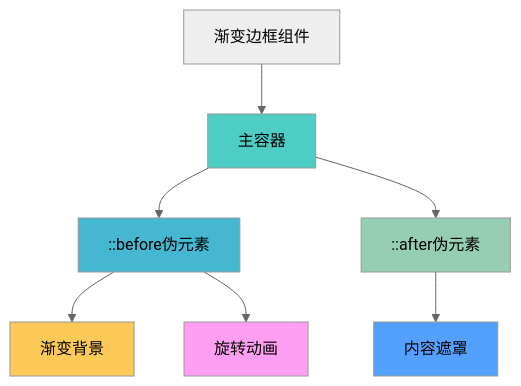
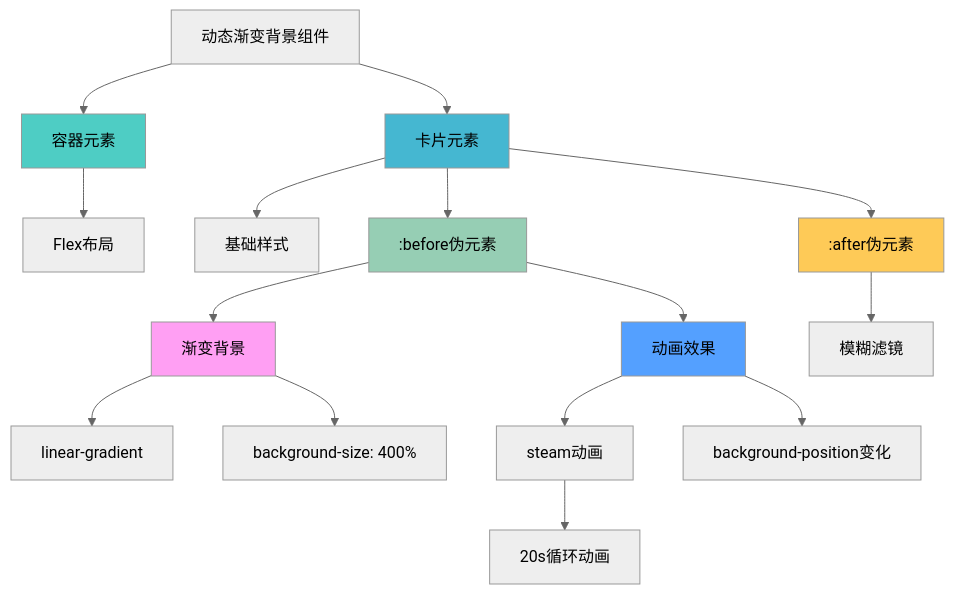
One commit to he5050/book changed the first of 2 diagrams in 02.特效/02.CSS-渐变边框.md. Above: the diagram before and after it, drawn with Mermaid (neutral theme). The commit also changed other lines of this file and 2 other files, not shown here.

````diff
--- a/02.特效/02.CSS-渐变边框.md
+++ b/02.特效/02.CSS-渐变边框.md
@@ -122,16 +349,24 @@
 ```mermaid
 graph TB
-    A[渐变边框组件] --> B[主容器]
-    B --> C[::before伪元素]
-    B --> D[::after伪元素]
-    C --> E[渐变背景]
-    C --> F[旋转动画]
-    D --> G[内容遮罩]
+    A[动态渐变背景组件] --> B[容器元素]
+    A --> C[卡片元素]
+    B --> D[Flex布局]
+    C --> E[基础样式]
+    C --> F[:before伪元素]
+    C --> G[:after伪元素]
+    F --> H[渐变背景]
+    F --> I[动画效果]
+    G --> J[模糊滤镜]
+    H --> K[linear-gradient]
+    H --> L[background-size: 400%]
+    I --> M[steam动画]
+    I --> N[background-position变化]
+    M --> O[20s循环动画]
 
     style B fill:#4ecdc4
     style C fill:#45b7d1
-    style D fill:#96ceb4
-    style E fill:#feca57
-    style F fill:#ff9ff3
-    style G fill:#54a0ff
+    style F fill:#96ceb4
+    style G fill:#feca57
+    style H fill:#ff9ff3
+    style I fill:#54a0ff
 ```
````
